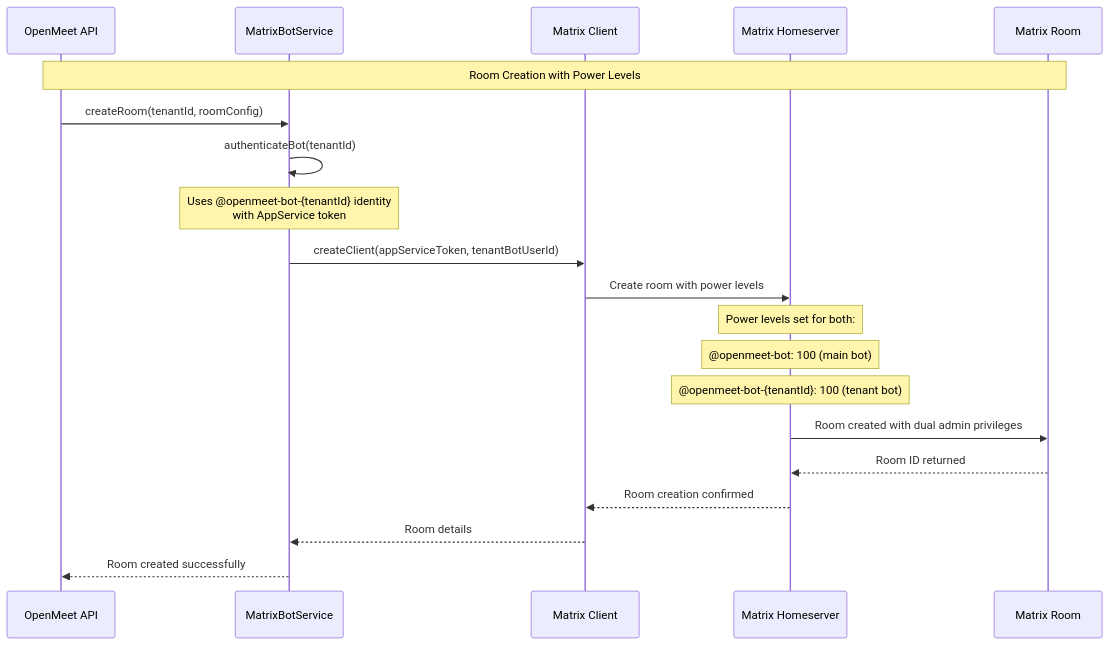
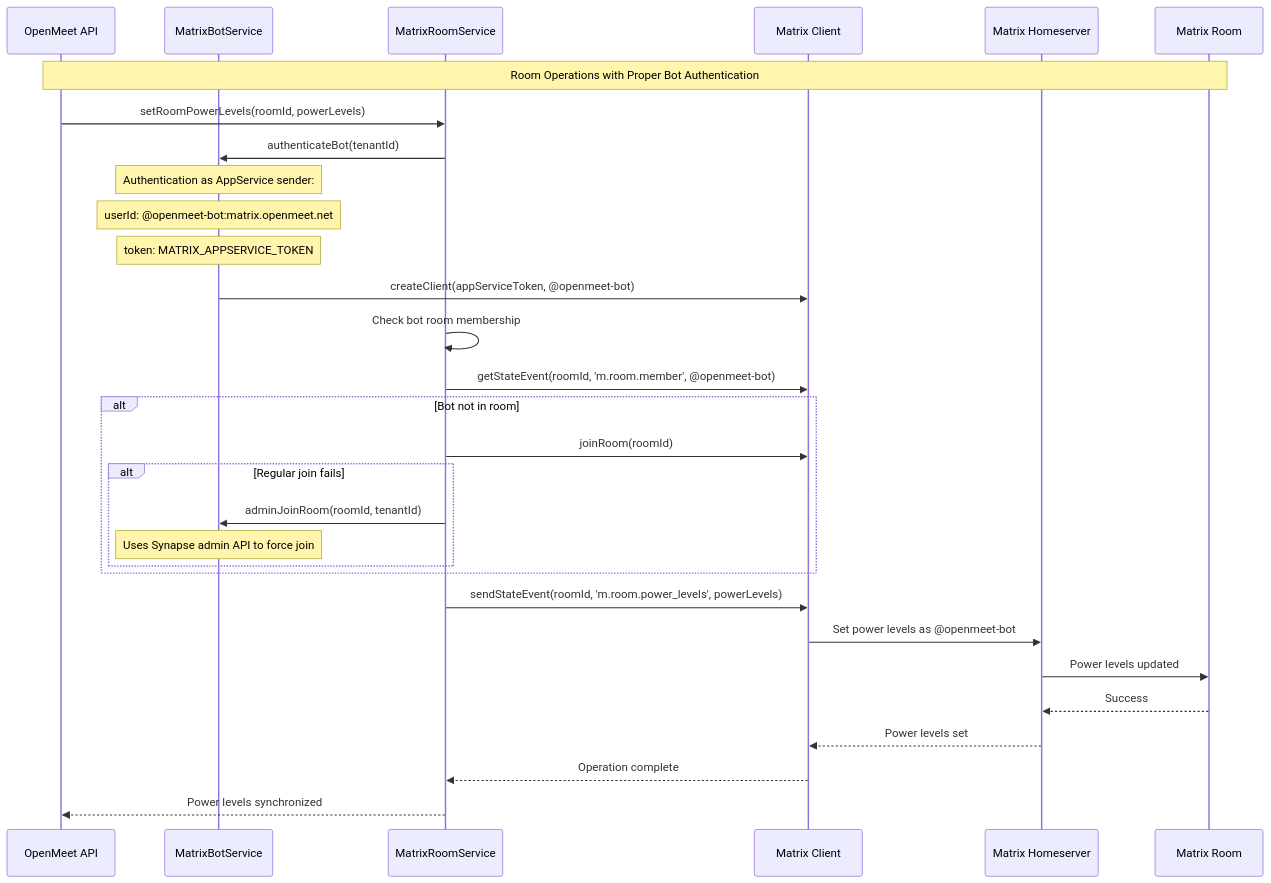
One commit to OpenMeet-Team/openmeet-api changed the third of 4 diagrams in design-notes/matrix/matrix-bot-architecture.md. Above: the diagram before and after it, drawn with Mermaid. The commit also changed other lines of this file and 26 other files, not shown here.

First line of the commit message:
Remove obsolete chat-mail service and update Matrix/event services

````diff
--- a/design-notes/matrix/matrix-bot-architecture.md
+++ b/design-notes/matrix/matrix-bot-architecture.md
@@ -184,27 +188,40 @@
 ```mermaid
 sequenceDiagram
     participant API as OpenMeet API
     participant MBS as MatrixBotService
+    participant MRS as MatrixRoomService
     participant MC as Matrix Client
     participant MHS as Matrix Homeserver
     participant ROOM as Matrix Room
 
-    Note over API,ROOM: Room Creation with Power Levels
+    Note over API,ROOM: Room Operations with Proper Bot Authentication
     
-    API->>MBS: createRoom(tenantId, roomConfig)
-    MBS->>MBS: authenticateBot(tenantId)
-    Note over MBS: Uses @openmeet-bot-{tenantId} identity<br/>with AppService token
+    API->>MRS: setRoomPowerLevels(roomId, powerLevels)
+    MRS->>MBS: authenticateBot(tenantId)
     
-    MBS->>MC: createClient(appServiceToken, tenantBotUserId)
-    MC->>MHS: Create room with power levels
+    Note over MBS: Authentication as AppService sender:
+    Note over MBS: userId: @openmeet-bot:matrix.openmeet.net
+    Note over MBS: token: MATRIX_APPSERVICE_TOKEN
     
-    Note over MHS: Power levels set for both:
-    Note over MHS: @openmeet-bot: 100 (main bot)
-    Note over MHS: @openmeet-bot-{tenantId}: 100 (tenant bot)
+    MBS->>MC: createClient(appServiceToken, @openmeet-bot)
     
-    MHS->>ROOM: Room created with dual admin privileges
-    ROOM-->>MHS: Room ID returned
-    MHS-->>MC: Room creation confirmed
-    MC-->>MBS: Room details
-    MBS-->>API: Room created successfully
+    MRS->>MRS: Check bot room membership
+    MRS->>MC: getStateEvent(roomId, 'm.room.member', @openmeet-bot)
+    
+    alt Bot not in room
+        MRS->>MC: joinRoom(roomId)
+        alt Regular join fails
+            MRS->>MBS: adminJoinRoom(roomId, tenantId)
+            Note over MBS: Uses Synapse admin API to force join
+        end
+    end
+    
+    MRS->>MC: sendStateEvent(roomId, 'm.room.power_levels', powerLevels)
+    MC->>MHS: Set power levels as @openmeet-bot
+    
+    MHS->>ROOM: Power levels updated
+    ROOM-->>MHS: Success
+    MHS-->>MC: Power levels set
+    MC-->>MRS: Operation complete
+    MRS-->>API: Power levels synchronized
 ```
````
